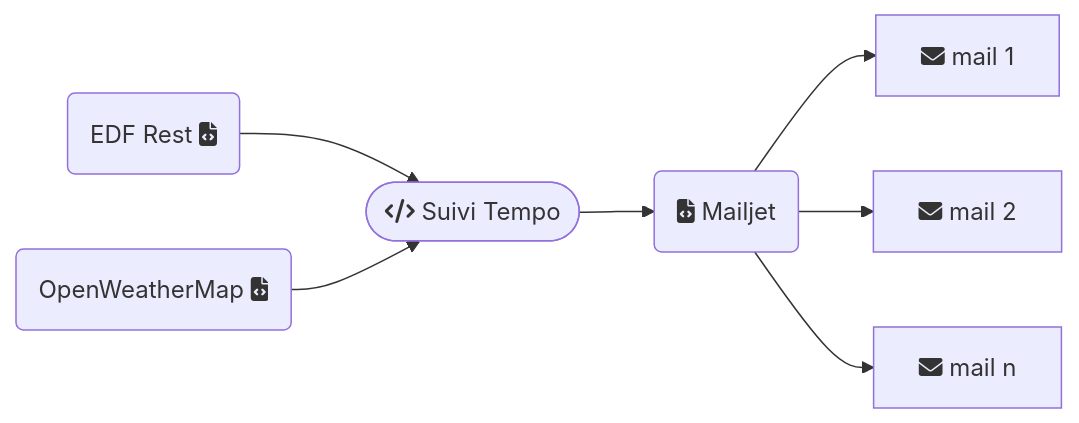
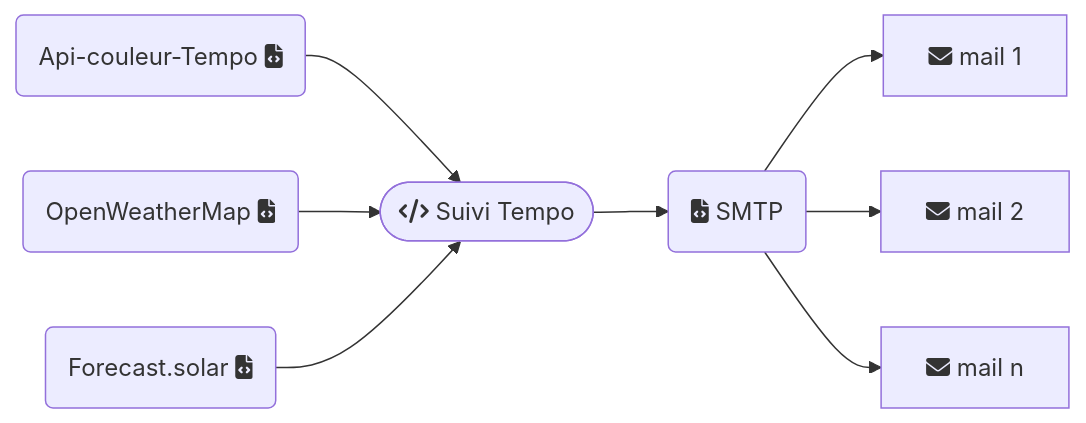
One commit to sosandroid/Monitoring_Energie changed the diagram in src/tempo/readme.md. Above: the diagram before and after it, drawn with Mermaid. The commit also changed other lines of this file and 22 other files, not shown here.

````diff
--- a/src/tempo/readme.md
+++ b/src/tempo/readme.md
@@ -6,9 +6,10 @@
 ```mermaid
 flowchart LR;
-    A(EDF Rest fa:fa-file-code)-->C;
+    A(Api-couleur-Tempo fa:fa-file-code)-->C;
     B(OpenWeatherMap fa:fa-file-code)-->C;
+	H(Forecast.solar fa:fa-file-code)-->C;
     C([fa:fa-code Suivi Tempo])-->D;
-    D(fa:fa-file-code Mailjet)-->E[fa:fa-envelope mail 1];
+    D(fa:fa-file-code SMTP)-->E[fa:fa-envelope mail 1];
     D-->F[fa:fa-envelope mail 2];
     D-->G[fa:fa-envelope mail n];
 ```
````
